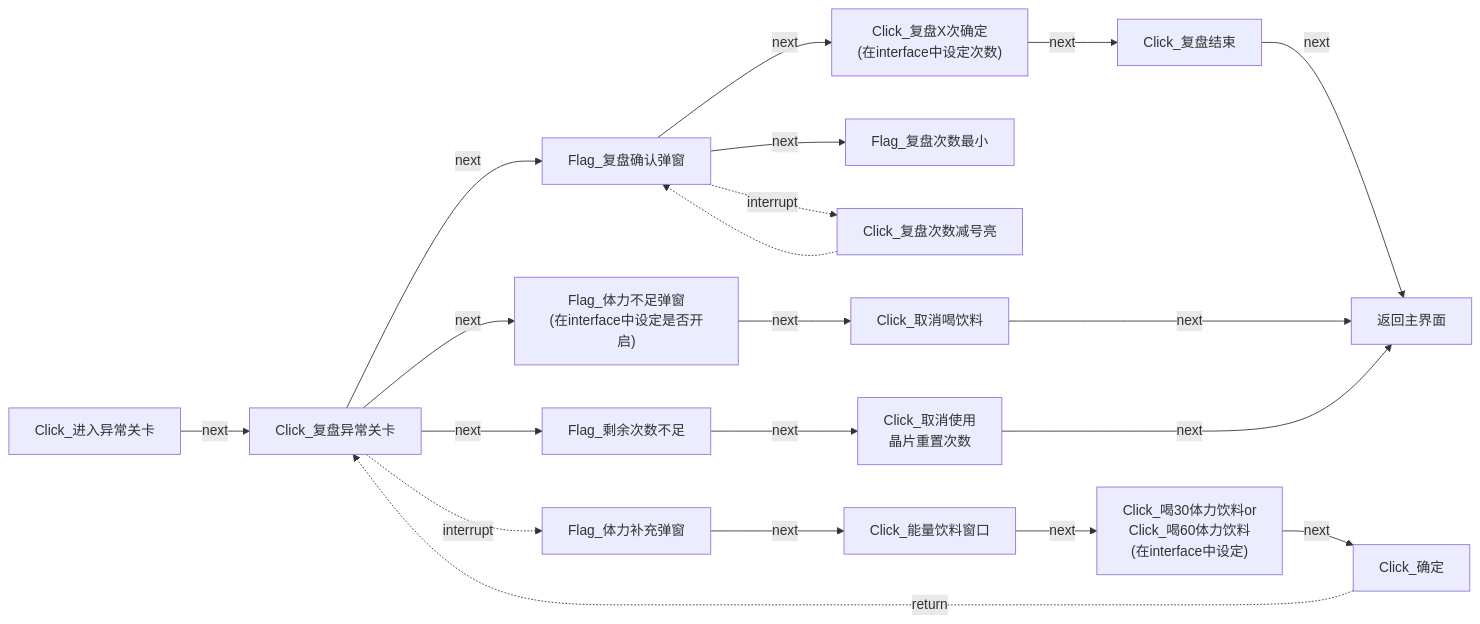
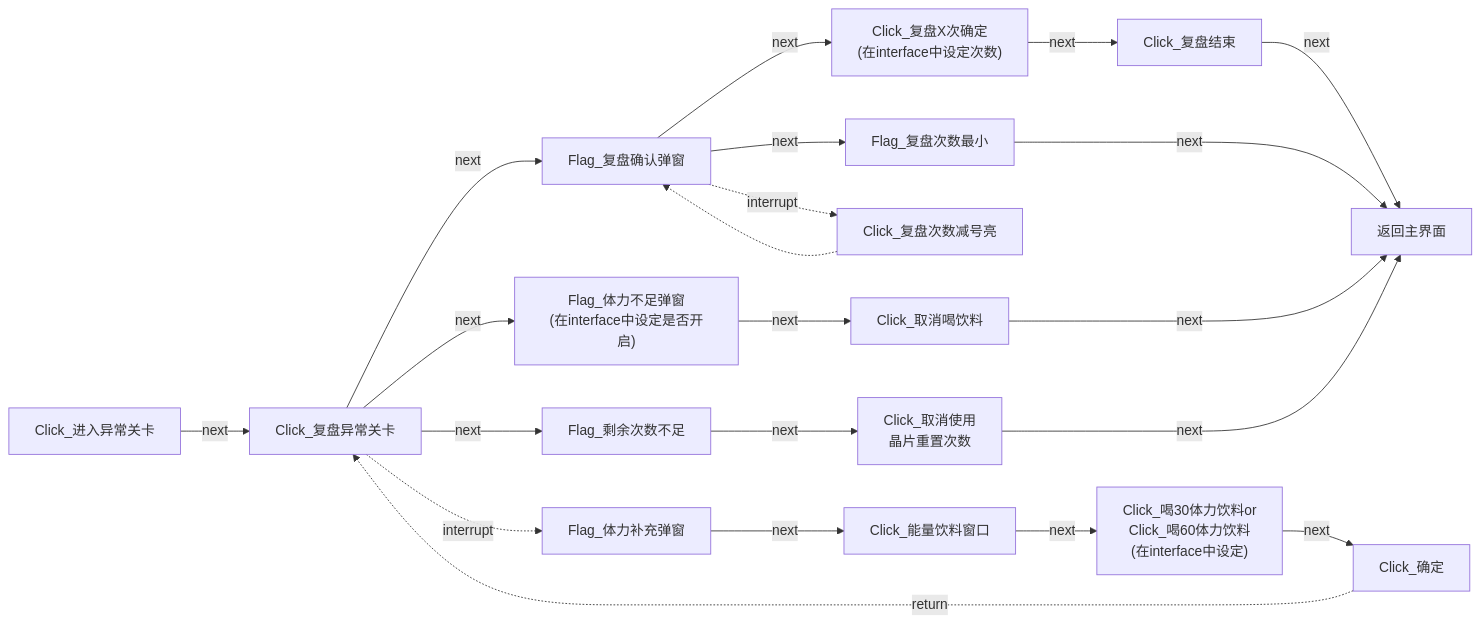
One commit to Coxwtwo/MaaTOT changed diagram 20 of 23 in docs/zh_cn/develop/Pipeline说明.md. Above: the diagram before and after it, drawn with Mermaid.

Commit message:
docs：修正任务链流程图错误。

````diff
--- a/docs/zh_cn/develop/Pipeline说明.md
+++ b/docs/zh_cn/develop/Pipeline说明.md
@@ -448,24 +448,25 @@
 ```mermaid
 flowchart LR
     n14["Click_进入异常关卡"] -->|next| n17["Click_复盘异常关卡"]
     n17 -->|next| n18["Flag_复盘确认弹窗"]
     n17 -->|next| n19["Flag_体力不足弹窗<br>(在interface中设定是否开启)"]
     n17 -->|next| n20["Flag_剩余次数不足"]
     n17 -.->|interrupt| z["Flag_体力补充弹窗"]
     z3 -.->|return| n17
     z -->|next| z1["Click_能量饮料窗口"]
     z1 -->|next| z2["Click_喝30体力饮料or<br>Click_喝60体力饮料<br>(在interface中设定)"]
     z2 -->|next| z3["Click_确定"]
 
     n18["Flag_复盘确认弹窗"] -->|next| n21["Click_复盘X次确定<br>(在interface中设定次数)"]
     n18["Flag_复盘确认弹窗"] -->|next| n22["Flag_复盘次数最小"]
     n18 -.->|interrupt| n23["Click_复盘次数减号亮"]
     n23 -.-> n18
     n21["Click_复盘X次确定<br>(在interface中设定次数)"] -->|next| n24["Click_复盘结束"]
+    n22 --->|next| n012["返回主界面"]
     n24 -->|next| n012["返回主界面"]
 
     n19["Flag_体力不足弹窗<br>(在interface中设定是否开启)"] -->|next| n25["Click_取消喝饮料"]
     n25 --->|next| n012["返回主界面"]
     n20["Flag_剩余次数不足"] -->|next| n26["Click_取消使用<br>晶片重置次数"]
     n26 --->|next| n012["返回主界面"]
 ```
````
